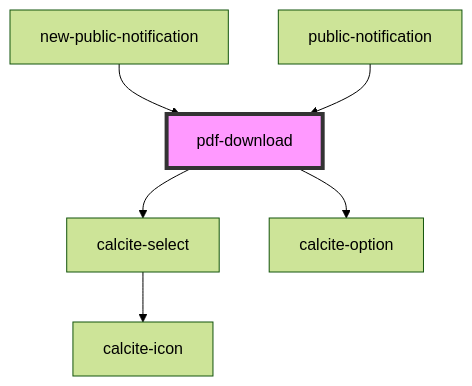
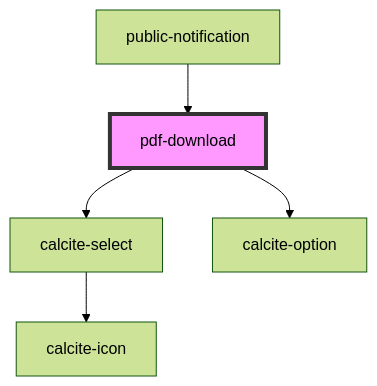
The diagram in src/components/pdf-download/readme.md (Esri/solutions-components), drawn with Mermaid (forest theme) before and after one commit. The commit also changed other lines of this file and 21 other files, not shown here.

Commit message:
move new-public-notification to public-notification

````diff
--- a/src/components/pdf-download/readme.md
+++ b/src/components/pdf-download/readme.md
@@ -29,9 +28,8 @@
 ```mermaid
 graph TD;
   pdf-download --> calcite-select
   pdf-download --> calcite-option
   calcite-select --> calcite-icon
-  new-public-notification --> pdf-download
   public-notification --> pdf-download
   style pdf-download fill:#f9f,stroke:#333,stroke-width:4px
 ```
````
